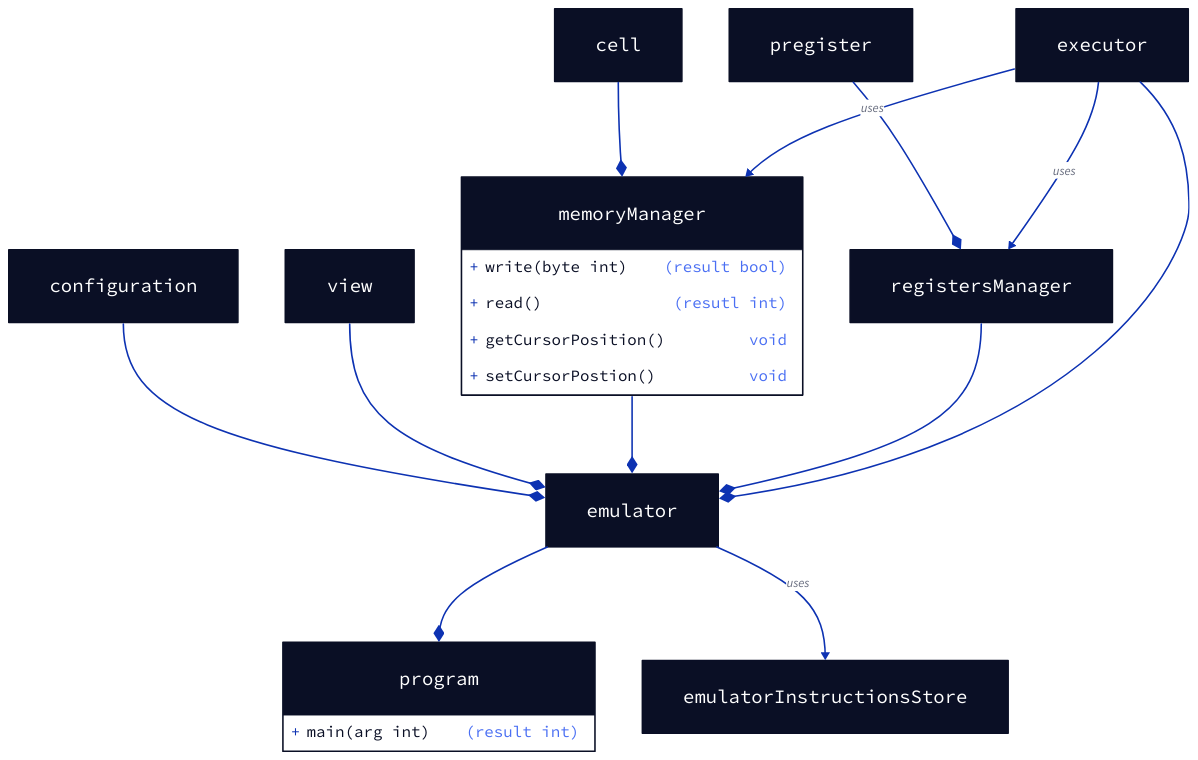
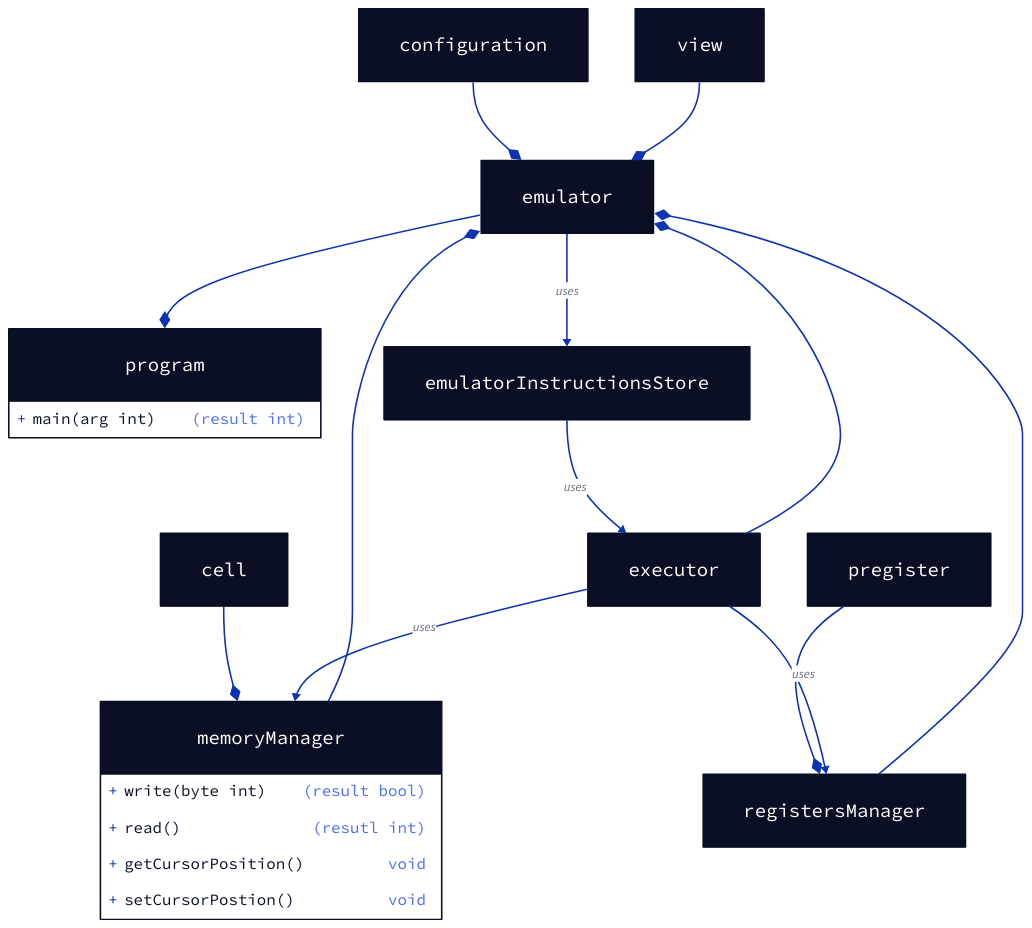
One commit to mrrrTom/dv_em changed the diagram in architecture/classes.d2. Above: the diagram before and after it, drawn with D2. The commit also changed 14 other files, not shown here.

```diff
--- a/architecture/classes.d2
+++ b/architecture/classes.d2
@@ -1,107 +1,110 @@
 program: {
 	shape: class
 	main(arg int): (result int)
 }
 
 emulator: {
 	shape: class
 }
 
 emulator -> program: {
 	target-arrowhead: {
 		shape: diamond
 		style.filled: true
 	}
 }
 
 configuration: {
 	shape: class
 }
 
 configuration -> emulator: {
 	target-arrowhead: {
 		shape: diamond
 		style.filled: true
 	}
 }
 
 emulatorInstructionsStore: {
 	shape: class
 }
 
 emulator -> emulatorInstructionsStore: uses {
+}
+
+emulatorInstructionsStore -> executor: uses {
 }
 
 view: {
 	shape: class
 }
 
 view -> emulator: {
 	target-arrowhead: {
 		shape: diamond
 		style.filled: true
 	}
 }
 
 memoryManager: {
 	shape: class
 	
 	write(byte int): (result bool)
 	read(): (resutl int)
 	getCursorPosition()
 	setCursorPostion()
 }
 
 memoryManager -> emulator: {
 	target-arrowhead: {
 		shape: diamond
 		style.filled: true
 	}
 }
 
 cell: {
 	shape: class
 }
 
 cell -> memoryManager: {
 	target-arrowhead: {
 		shape: diamond
 		style.filled: true
 	}
 }
 
 registersManager: {
 	shape: class
 }
 
 registersManager -> emulator: {
 	target-arrowhead: {
 		shape: diamond
 		style.filled: true
 	}
 }
 
 pregister: {
 	shape: class
 }
 
 pregister -> registersManager: {
 	target-arrowhead: {
 		shape: diamond
 		style.filled: true
 	}
 }
 
 executor: {
 	shape: class
 }
 
 executor -> emulator: {
 	target-arrowhead: {
 		shape: diamond
 		style.filled: true
 	}
 }
 
 executor -> memoryManager: uses 
 executor -> registersManager: uses
```
